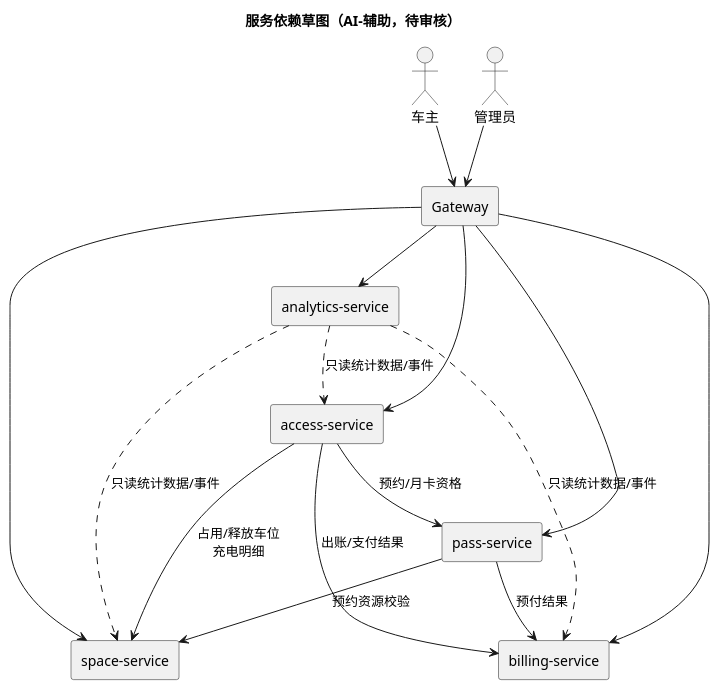
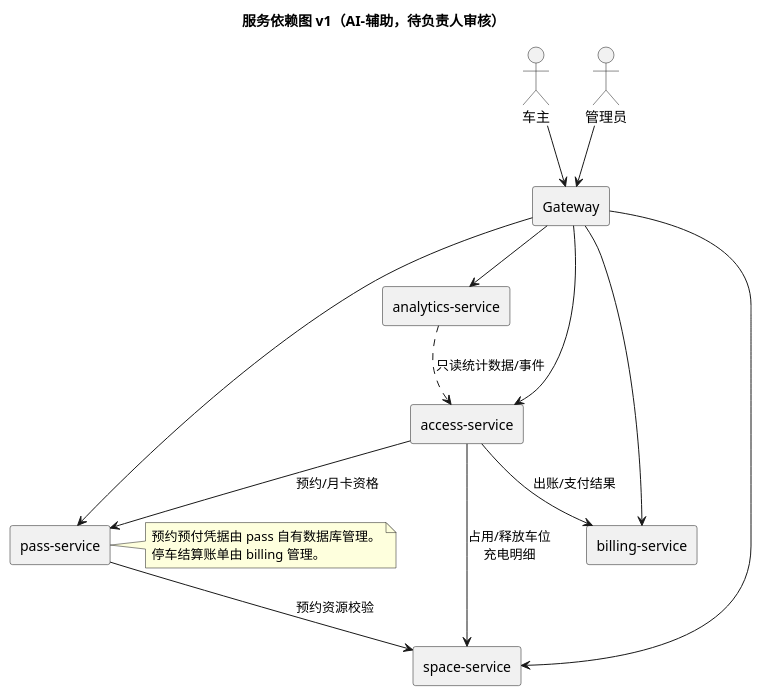
The diagram in models/draft-service-dependencies.puml (Gindama713/UMLWORK), drawn with PlantUML before and after one commit. The commit also changed 34 other files, not shown here.

First line of the commit message:
feat(models): 17 张 UML 模型源文件与渲染图

```diff
--- a/models/draft-service-dependencies.puml
+++ b/models/draft-service-dependencies.puml
@@ -1,28 +1,29 @@
 @startuml
-title 服务依赖草图（AI-辅助，待审核）
+title 服务依赖图 v1（AI-辅助，待负责人审核）
 skinparam componentStyle rectangle
 actor 车主
 actor 管理员
 component "Gateway" as gateway
 component "space-service" as space
 component "access-service" as access
 component "billing-service" as billing
 component "pass-service" as pass
 component "analytics-service" as analytics
 
 车主 --> gateway
 管理员 --> gateway
 gateway --> space
 gateway --> access
 gateway --> billing
 gateway --> pass
 gateway --> analytics
 access --> space : 占用/释放车位\n充电明细
 access --> pass : 预约/月卡资格
 access --> billing : 出账/支付结果
 pass --> space : 预约资源校验
-pass --> billing : 预付结果
 analytics ..> access : 只读统计数据/事件
-analytics ..> space : 只读统计数据/事件
-analytics ..> billing : 只读统计数据/事件
+note right of pass
+预约预付凭据由 pass 自有数据库管理。
+停车结算账单由 billing 管理。
+end note
 @enduml
```
